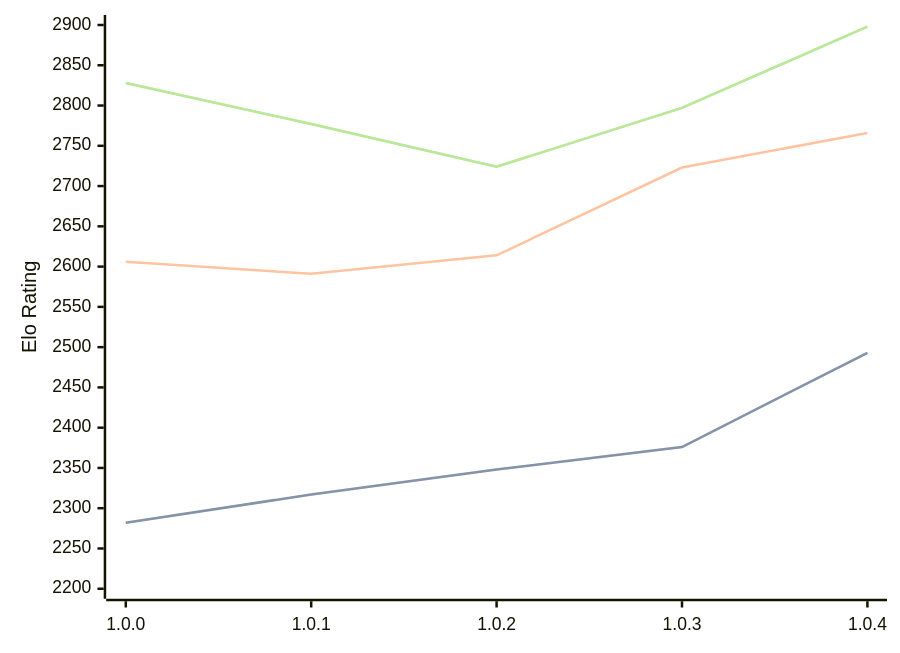
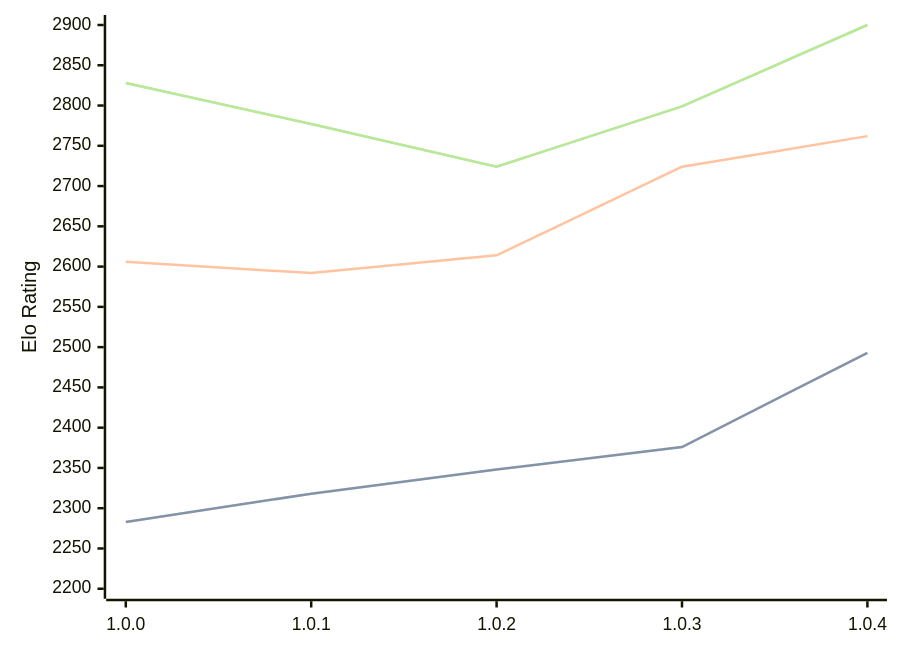
One commit to computer-chess-index/cci changed the diagram in engines/Grail.md. Above: the diagram before and after it, drawn with Mermaid. The commit also changed other lines of this file, not shown here.

Commit message:
Update CCI Ratings (ELO VLTC) - 2026-02-16

````diff
--- a/engines/Grail.md
+++ b/engines/Grail.md
@@ -32,11 +32,11 @@
 ```mermaid
 %%{init: {"theme":"base","themeVariables":{"seriesColors:['#a3a3a3','#222221','#faa371']}}}%%
 xychart-beta
   x-axis ["1.0.0", "1.0.1", "1.0.2", "1.0.3", "1.0.4"]
   y-axis "Elo Rating" 2200 --> 2900
-  line "STC (8.0+0.08s)" [2282, 2317, 2348, 2376, 2493]
-  line "STC (8.0+0.08s)" [2282, 2317, 2348, 2376, 2493]
-  line "LTC (60.0+0.60s)" [2606, 2591, 2614, 2723, 2766]
-  line "VLTC (2m24s+1.12s)" [2828, 2777, 2724, 2797, 2898]
-  line "VLTC (2m24s+1.12s)" [2828, 2777, 2724, 2797, 2898]
+  line "STC (8.0+0.08s)" [2283, 2318, 2348, 2376, 2493]
+  line "STC (8.0+0.08s)" [2283, 2318, 2348, 2376, 2493]
+  line "LTC (60.0+0.60s)" [2606, 2592, 2614, 2724, 2762]
+  line "VLTC (2m24s+1.12s)" [2828, 2777, 2724, 2799, 2900]
+  line "VLTC (2m24s+1.12s)" [2828, 2777, 2724, 2799, 2900]
 ```
````
